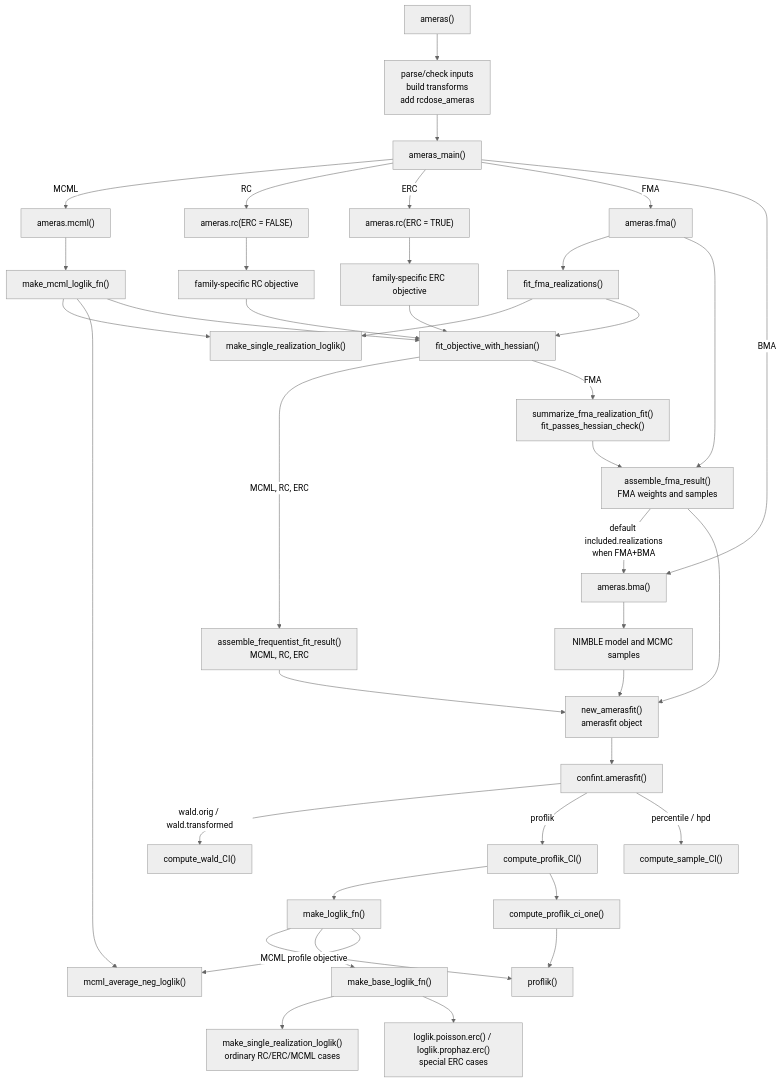
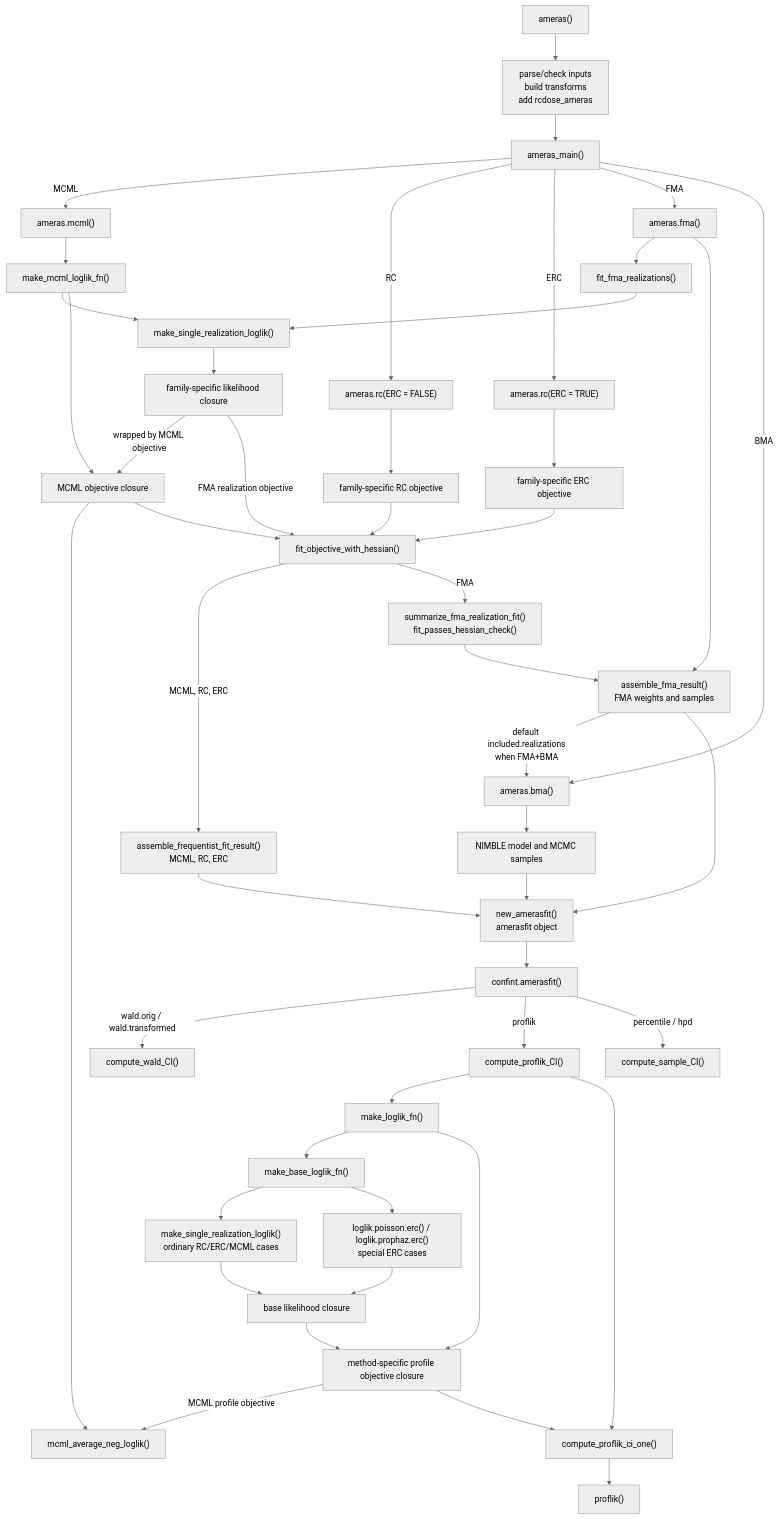
Before and after one commit to sanderroberti/ameras: the diagram in developer-notes/helper-flow.md, drawn with Mermaid (neutral theme). The commit also changed other lines of this file, not shown here.

Commit message:
Clarify helper flowchart closures

````diff
--- a/developer-notes/helper-flow.md
+++ b/developer-notes/helper-flow.md
@@ -9,51 +9,58 @@
 ```mermaid
 flowchart TD
   A["ameras()"] --> B["parse/check inputs<br/>build transforms<br/>add rcdose_ameras"]
   B --> C["ameras_main()"]
 
   C -->|MCML| D["ameras.mcml()"]
   C -->|RC| E["ameras.rc(ERC = FALSE)"]
   C -->|ERC| F["ameras.rc(ERC = TRUE)"]
   C -->|FMA| G["ameras.fma()"]
   C -->|BMA| H["ameras.bma()"]
 
   D --> I["make_mcml_loglik_fn()"]
   I --> J["make_single_realization_loglik()"]
-  I --> AB["mcml_average_neg_loglik()"]
-  I --> N["fit_objective_with_hessian()"]
+  J --> JA["family-specific likelihood closure"]
+  I --> JB["MCML objective closure"]
+  JA -->|wrapped by MCML objective| JB
+  JB --> AB["mcml_average_neg_loglik()"]
+  JB --> N["fit_objective_with_hessian()"]
 
   E --> K["family-specific RC objective"]
   F --> L["family-specific ERC objective"]
   K --> N
   L --> N
 
   G --> M["fit_fma_realizations()"]
   M --> J
-  M --> N
+  JA -->|FMA realization objective| N
 
   N -->|MCML, RC, ERC| O["assemble_frequentist_fit_result()<br/>MCML, RC, ERC"]
   N -->|FMA| P["summarize_fma_realization_fit()<br/>fit_passes_hessian_check()"]
 
   G --> Q["assemble_fma_result()<br/>FMA weights and samples"]
   P --> Q
   Q -->|default included.realizations<br/>when FMA+BMA| H
   H --> R["NIMBLE model and MCMC samples"]
 
   O --> S["new_amerasfit()<br/>amerasfit object"]
   Q --> S
   R --> S
 
   S --> T["confint.amerasfit()"]
   T -->|wald.orig / wald.transformed| U["compute_wald_CI()"]
   T -->|proflik| V["compute_proflik_CI()"]
   T -->|percentile / hpd| W["compute_sample_CI()"]
 
   V --> X["make_loglik_fn()"]
-  V --> AC["compute_proflik_ci_one()"]
-  AC --> AD["proflik()"]
-  X --> AD
   X --> Y["make_base_loglik_fn()"]
-  X -->|MCML profile objective| AB
   Y --> Z["make_single_realization_loglik()<br/>ordinary RC/ERC/MCML cases"]
   Y --> AA["loglik.poisson.erc() / loglik.prophaz.erc()<br/>special ERC cases"]
+  Z --> AE["base likelihood closure"]
+  AA --> AE
+  X --> AF["method-specific profile objective closure"]
+  AE --> AF
+  AF -->|MCML profile objective| AB
+  AF --> AC["compute_proflik_ci_one()"]
+  V --> AC
+  AC --> AD["proflik()"]
 ```
````
